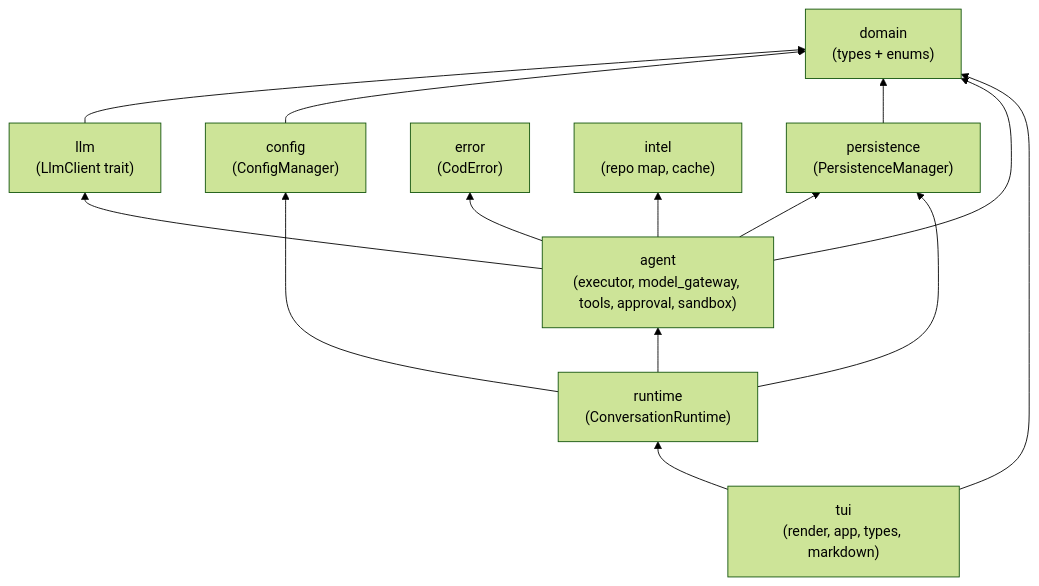
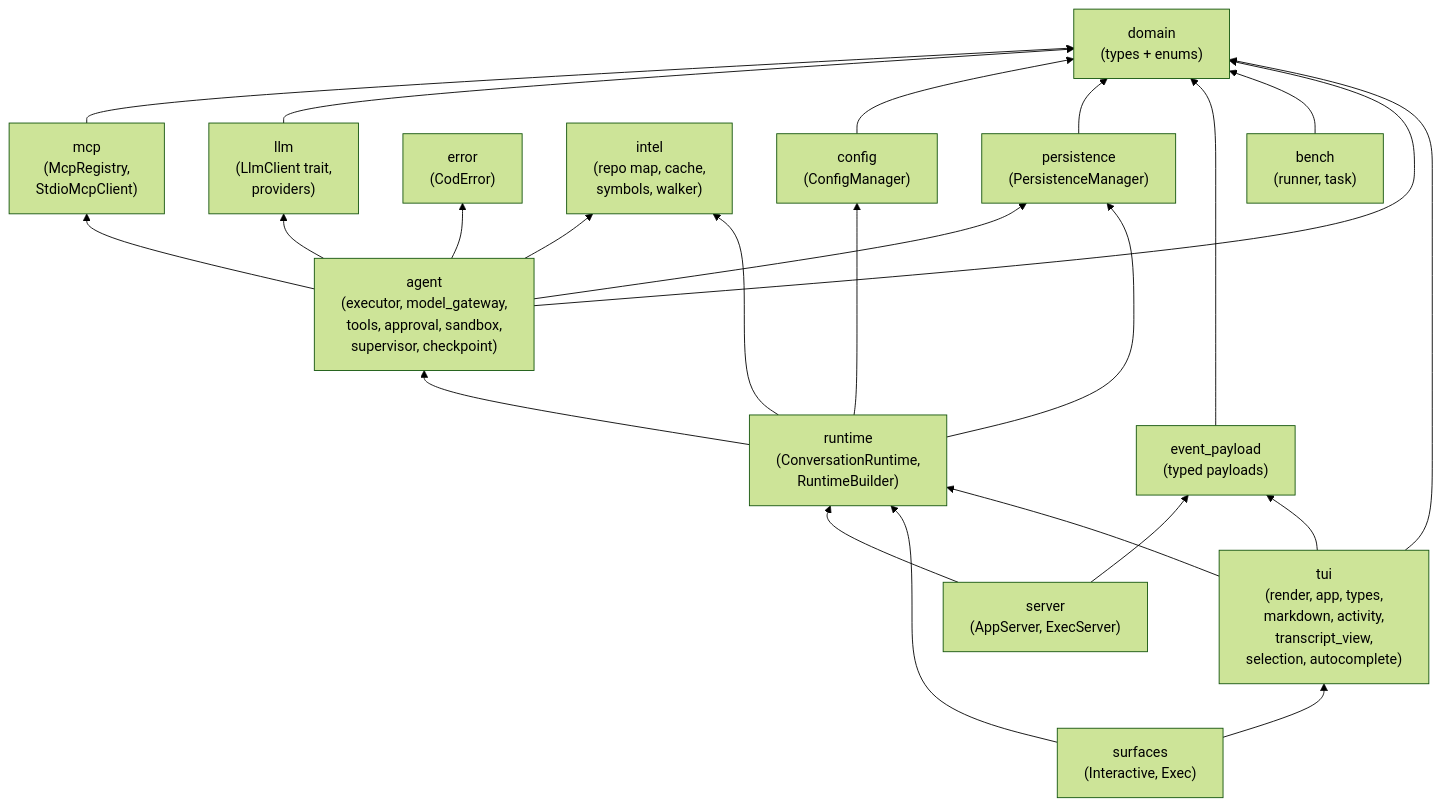
One commit to basadi-dev/codezilla changed diagram 12 of 12 in docs/ARCHITECTURE.md. Above: the diagram before and after it, drawn with Mermaid (forest theme). The commit also changed other lines of this file, not shown here.

Commit message:
docs: update architecture documentation with agentic loop enhancements, sub-agent supervision, parallel tool batching, and surface-layer interfaces.

````diff
--- a/docs/ARCHITECTURE.md
+++ b/docs/ARCHITECTURE.md
@@ -286,26 +517,41 @@
 ```mermaid
 graph BT
-    TUI["tui<br/>(render, app, types, markdown)"]
-    Runtime["runtime<br/>(ConversationRuntime)"]
-    Agent["agent<br/>(executor, model_gateway, tools, approval, sandbox)"]
+    TUI["tui<br/>(render, app, types,<br/>markdown, activity,<br/>transcript_view,<br/>selection, autocomplete)"]
+    Surfaces["surfaces<br/>(Interactive, Exec)"]
+    Server["server<br/>(AppServer, ExecServer)"]
+    Runtime["runtime<br/>(ConversationRuntime,<br/>RuntimeBuilder)"]
+    Agent["agent<br/>(executor, model_gateway,<br/>tools, approval, sandbox,<br/>supervisor, checkpoint)"]
     Persistence["persistence<br/>(PersistenceManager)"]
     Config["config<br/>(ConfigManager)"]
     Domain["domain<br/>(types + enums)"]
     Error["error<br/>(CodError)"]
-    Intel["intel<br/>(repo map, cache)"]
-    LLM["llm<br/>(LlmClient trait)"]
+    Intel["intel<br/>(repo map, cache,<br/>symbols, walker)"]
+    LLM["llm<br/>(LlmClient trait,<br/>providers)"]
+    EventPayload["event_payload<br/>(typed payloads)"]
+    MCP["mcp<br/>(McpRegistry,<br/>StdioMcpClient)"]
+    Bench["bench<br/>(runner, task)"]
 
     TUI --> Runtime
     TUI --> Domain
+    TUI --> EventPayload
+    Surfaces --> Runtime
+    Surfaces --> TUI
+    Server --> Runtime
+    Server --> EventPayload
     Runtime --> Agent
     Runtime --> Persistence
     Runtime --> Config
+    Runtime --> Intel
     Agent --> Domain
     Agent --> Persistence
     Agent --> Intel
     Agent --> LLM
     Agent --> Error
+    Agent --> MCP
+    Bench --> Domain
+    EventPayload --> Domain
     Persistence --> Domain
     Config --> Domain
     LLM --> Domain
+    MCP --> Domain
 ```
````
